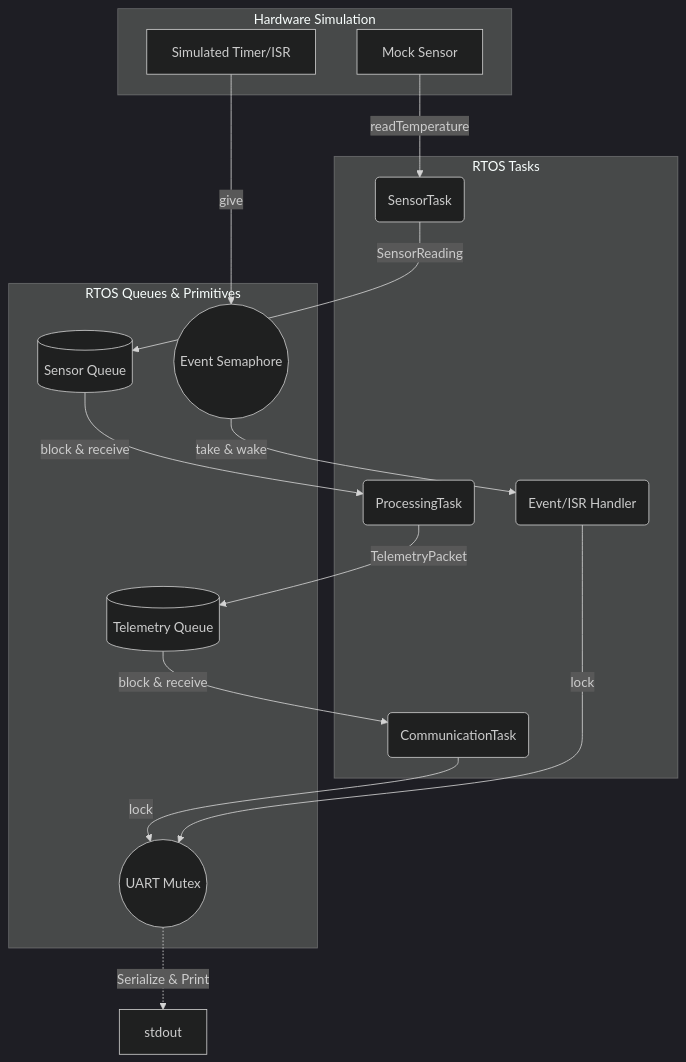
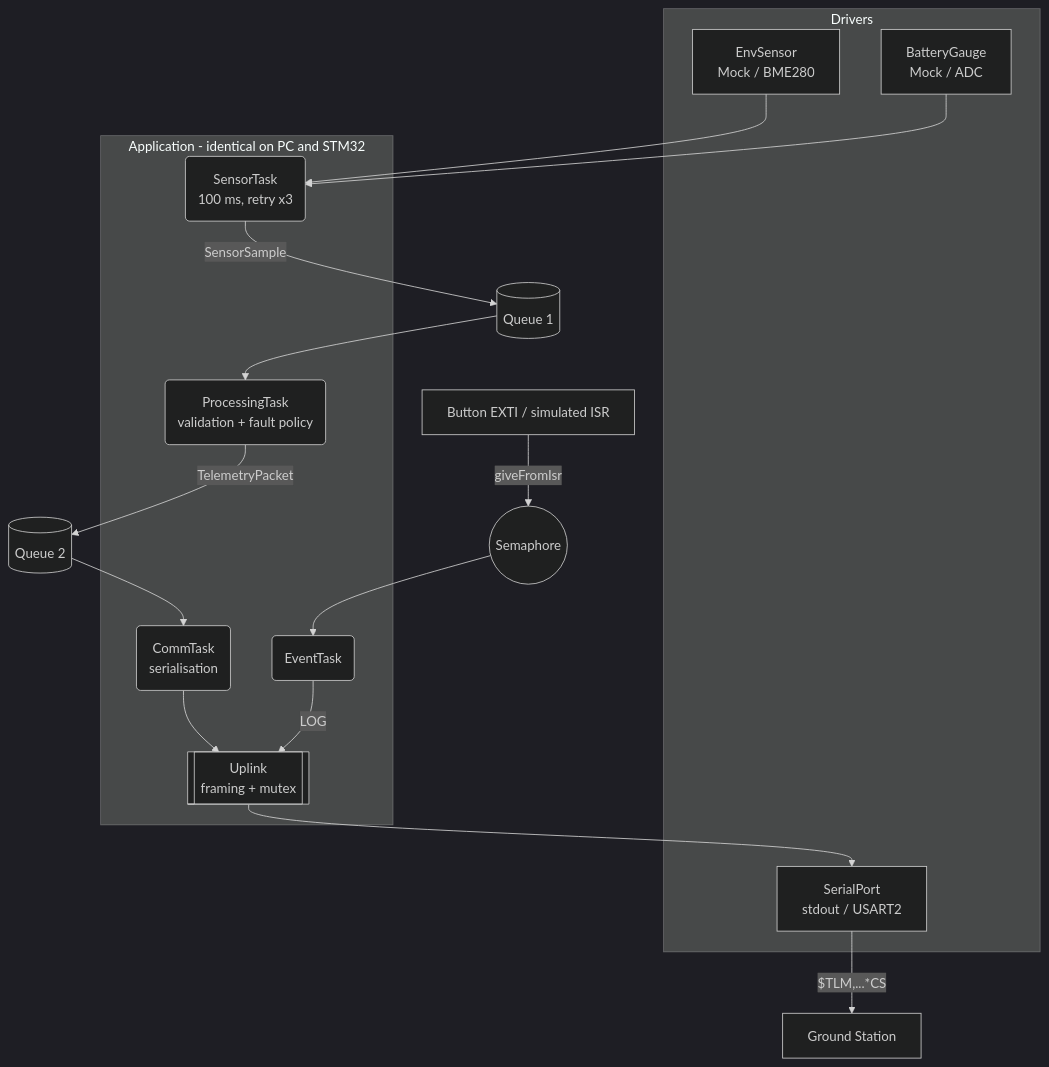
The diagram in README.md (AeSoul0/TelemetryCore), drawn with Mermaid (dark theme) before and after one commit. The commit also changed other lines of this file and 77 other files, not shown here.

````diff
--- a/README.md
+++ b/README.md
@@ -26,35 +33,29 @@
 ```mermaid
 graph TD
-    subgraph Hardware Simulation
-        S[Mock Sensor]
-        ISR[Simulated Timer/ISR]
+    subgraph Drivers
+        S[EnvSensor<br/>Mock / BME280]
+        B[BatteryGauge<br/>Mock / ADC]
+        U[SerialPort<br/>stdout / USART2]
     end
 
-    subgraph RTOS Tasks
-        ST(SensorTask)
-        PT(ProcessingTask)
-        CT(CommunicationTask)
-        EH(Event/ISR Handler)
+    subgraph Application - identical on PC and STM32
+        ST(SensorTask<br/>100 ms, retry x3)
+        PT(ProcessingTask<br/>validation + fault policy)
+        CT(CommTask<br/>serialisation)
+        EH(EventTask)
+        UP[[Uplink<br/>framing + mutex]]
     end
 
-    subgraph RTOS Queues & Primitives
-        Q1[(Sensor Queue)]
-        Q2[(Telemetry Queue)]
-        SEM((Event Semaphore))
-        MUT((UART Mutex))
-    end
-
-    S -->|readTemperature| ST
-    ST -->|SensorReading| Q1
-    Q1 -->|block & receive| PT
-    
-    PT -->|TelemetryPacket| Q2
-    Q2 -->|block & receive| CT
-
-    CT -->|lock| MUT
-    MUT -.->|Serialize & Print| stdout
-
-    ISR -->|give| SEM
-    SEM -->|take & wake| EH
-    EH -->|lock| MUT
+    ISR[Button EXTI / simulated ISR] -->|giveFromIsr| SEM((Semaphore))
+    SEM --> EH
+    S --> ST
+    B --> ST
+    ST -->|SensorSample| Q1[(Queue 1)]
+    Q1 --> PT
+    PT -->|TelemetryPacket| Q2[(Queue 2)]
+    Q2 --> CT
+    CT --> UP
+    EH -->|LOG| UP
+    UP --> U
+    U -->|$TLM,...*CS| GS[Ground Station]
 ```
````
